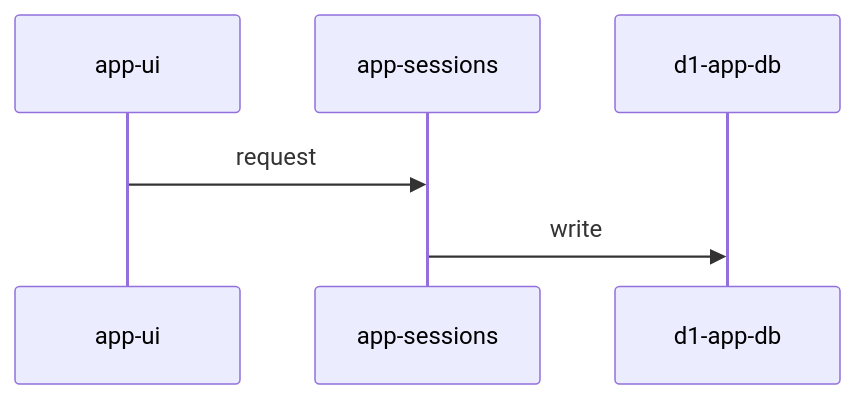
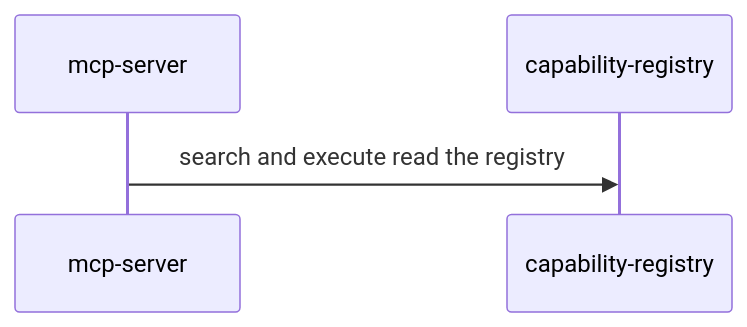
One commit to kentcdodds/kody changed the diagram in .agents/skills/visual-recap/references/block-format.md. Above: the diagram before and after it, drawn with Mermaid. The commit also changed other lines of this file and 10 other files, not shown here.

````diff
--- a/.agents/skills/visual-recap/references/block-format.md
+++ b/.agents/skills/visual-recap/references/block-format.md
@@ -164,8 +30,6 @@
 ```mermaid
 sequenceDiagram
-	participant appUi as app-ui
-	participant appSessions as app-sessions
-	participant d1AppDb as d1-app-db
-	appUi->>appSessions: request
-	appSessions->>d1AppDb: write
+	participant mcpServer as mcp-server
+	participant registry as capability-registry
+	mcpServer->>registry: search and execute read the registry
 ```
````
